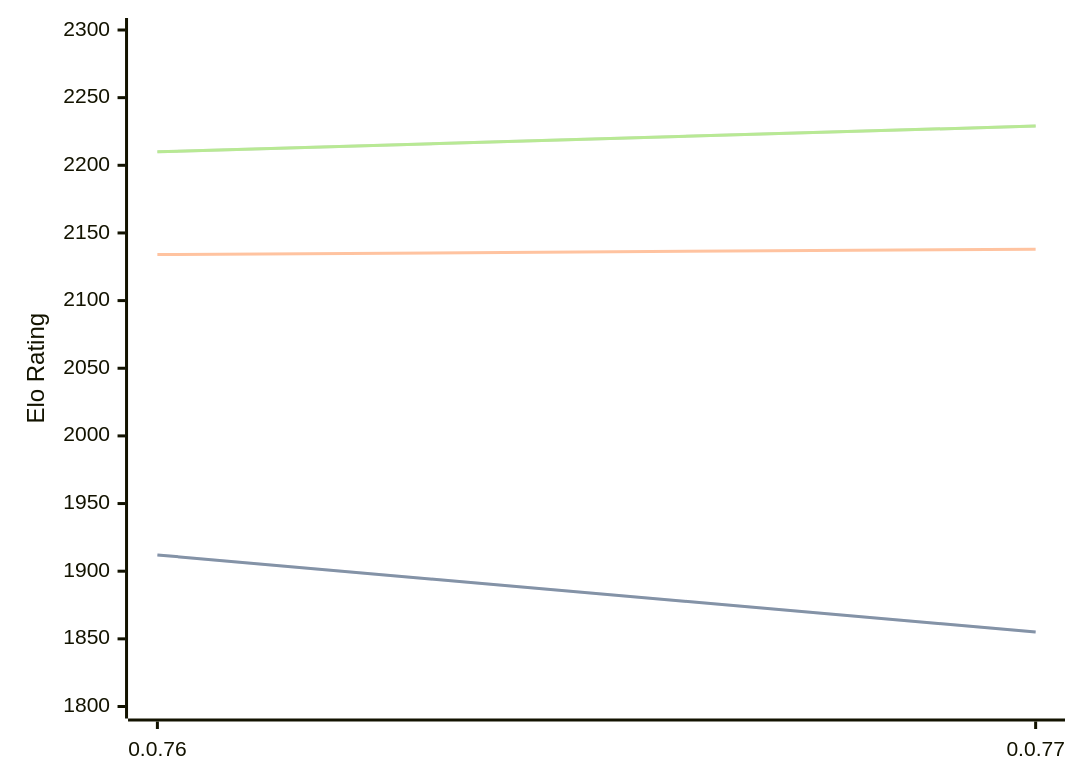
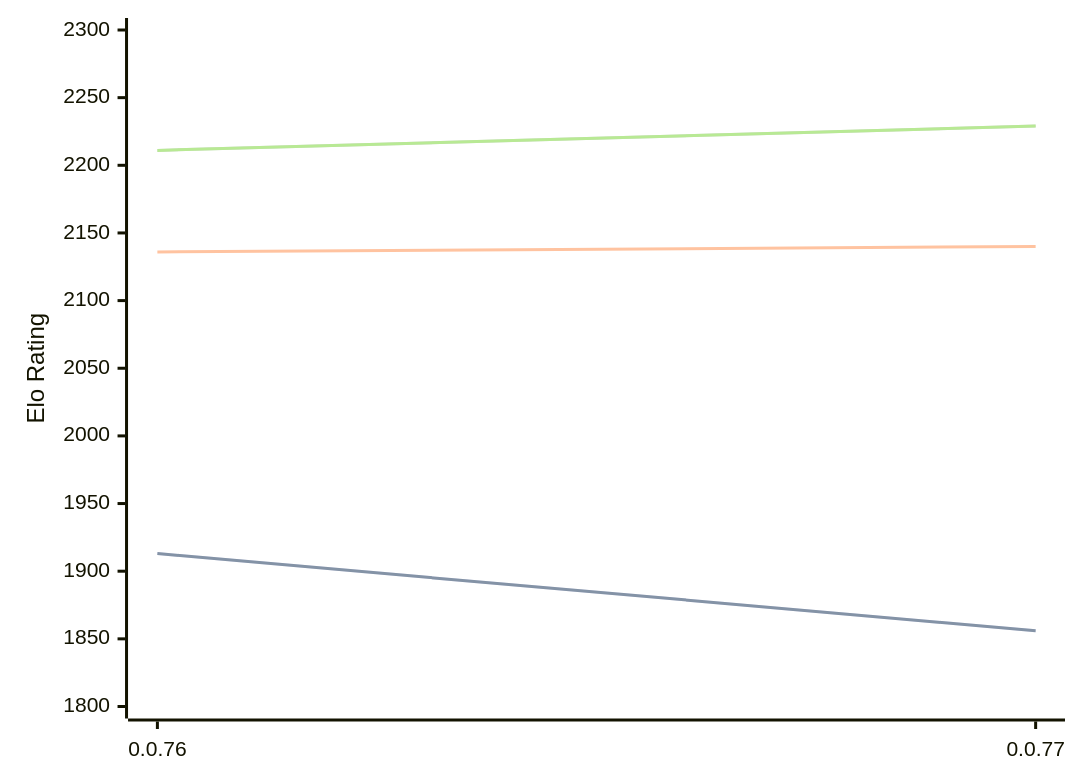
One commit to computer-chess-index/cci changed the diagram in engines/Fktb.md. Above: the diagram before and after it, drawn with Mermaid. The commit also changed other lines of this file, not shown here.

Commit message:
Update CCI Ratings (ELO VLTC) - 2026-08-26

````diff
--- a/engines/Fktb.md
+++ b/engines/Fktb.md
@@ -32,11 +32,11 @@
 ```mermaid
 %%{init: {"theme":"base","themeVariables":{"seriesColors:['#a3a3a3','#222221','#faa371']}}}%%
 xychart-beta
   x-axis ["0.0.76", "0.0.77"]
   y-axis "Elo Rating" 1800 --> 2300
-  line "STC (8.0+0.08s)" [1912, 1855]
-  line "STC (8.0+0.08s)" [1912, 1855]
-  line "LTC (60.0+0.60s)" [2134, 2138]
-  line "VLTC (2m24s+1.12s)" [2210, 2229]
-  line "VLTC (2m24s+1.12s)" [2210, 2229]
+  line "STC (8.0+0.08s)" [1913, 1856]
+  line "STC (8.0+0.08s)" [1913, 1856]
+  line "LTC (60.0+0.60s)" [2136, 2140]
+  line "VLTC (2m24s+1.12s)" [2211, 2229]
+  line "VLTC (2m24s+1.12s)" [2211, 2229]
 ```
````
